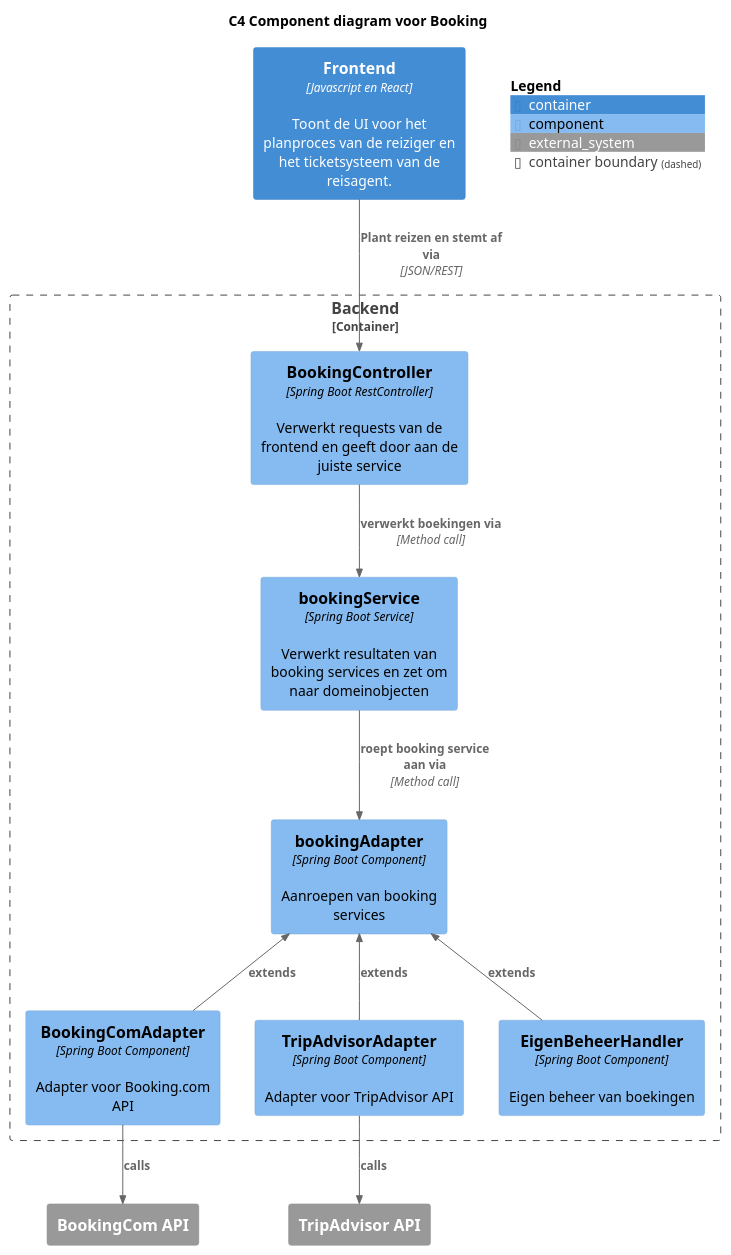
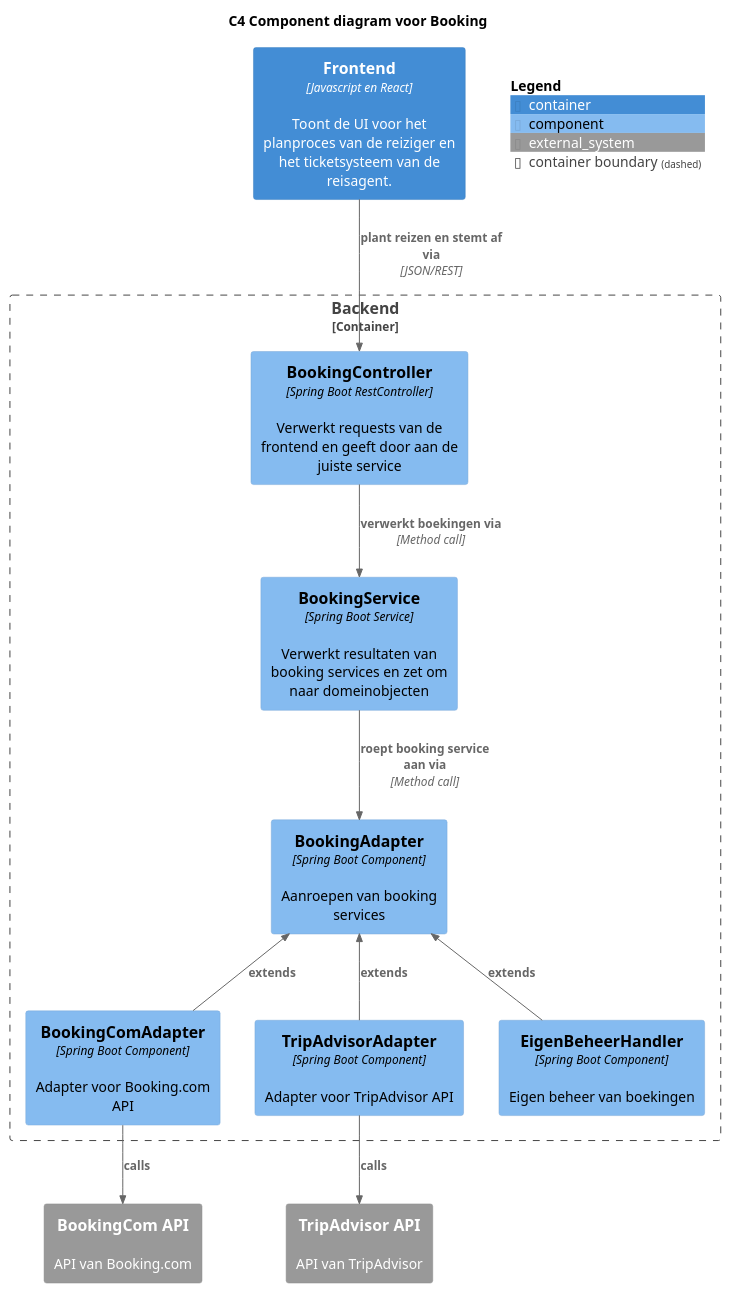
Before and after one commit to AIM-ENE-feb25/triptop-groep-4-jochem-roald-stijn-a: the diagram in software-guidebook/sgb-bestanden/ontwerpvragen/Modifiability - Component diagram.puml, drawn with PlantUML. The commit also changed 1 other file, not shown here.

Commit message:
Hoofdletters en omschrijving van API's

```diff
--- a/software-guidebook/sgb-bestanden/ontwerpvragen/Modifiability - Component diagram.puml
+++ b/software-guidebook/sgb-bestanden/ontwerpvragen/Modifiability - Component diagram.puml
@@ -1,33 +1,33 @@
 @startuml
 title C4 Component diagram voor Booking
 !include <C4/C4_Component.puml>
 top to bottom direction
 
 
 Container(Frontend, "Frontend", "Javascript en React", "Toont de UI voor het planproces van de reiziger en het ticketsysteem van de reisagent.")
 
 
 Container_Boundary(backend, "Backend") {
 Component(bookingController, "BookingController", "Spring Boot RestController", "Verwerkt requests van de frontend en geeft door aan de juiste service")
-Component(bookingService, "bookingService", "Spring Boot Service", "Verwerkt resultaten van booking services en zet om naar domeinobjecten")
-Component(bookingAdapter, "bookingAdapter", "Spring Boot Component", "Aanroepen van booking services")
+Component(bookingService, "BookingService", "Spring Boot Service", "Verwerkt resultaten van booking services en zet om naar domeinobjecten")
+Component(bookingAdapter, "BookingAdapter", "Spring Boot Component", "Aanroepen van booking services")
 Component(BookingComAdapter, "BookingComAdapter", "Spring Boot Component", "Adapter voor Booking.com API")
 Component(tripAdvisorAdapter, "TripAdvisorAdapter", "Spring Boot Component", "Adapter voor TripAdvisor API")
 Component(eigenBeheerHandler, "EigenBeheerHandler", "Spring Boot Component", "Eigen beheer van boekingen")
 }
-System_Ext(bookingComApi, "BookingCom API")
-System_Ext(tripAdvisorApi, "TripAdvisor API")
+System_Ext(bookingComApi, "BookingCom API", "API van Booking.com")
+System_Ext(tripAdvisorApi, "TripAdvisor API", "API van TripAdvisor")
 
-Rel(Frontend, bookingController, "Plant reizen en stemt af via", "JSON/REST")
+Rel(Frontend, bookingController, "plant reizen en stemt af via", "JSON/REST")
 Rel(bookingController, bookingService, "verwerkt boekingen via", "Method call")
 Rel(bookingService, bookingAdapter, "roept booking service aan via", "Method call")
 Rel_U(BookingComAdapter, bookingAdapter, "extends")
 Rel_U(tripAdvisorAdapter, bookingAdapter, "extends")
 Rel_U(eigenBeheerHandler, bookingAdapter, "extends")
 Rel(BookingComAdapter, bookingComApi, "calls")
 Rel(tripAdvisorAdapter, tripAdvisorApi, "calls")
 
 
 SHOW_FLOATING_LEGEND()
 
 @enduml
```
